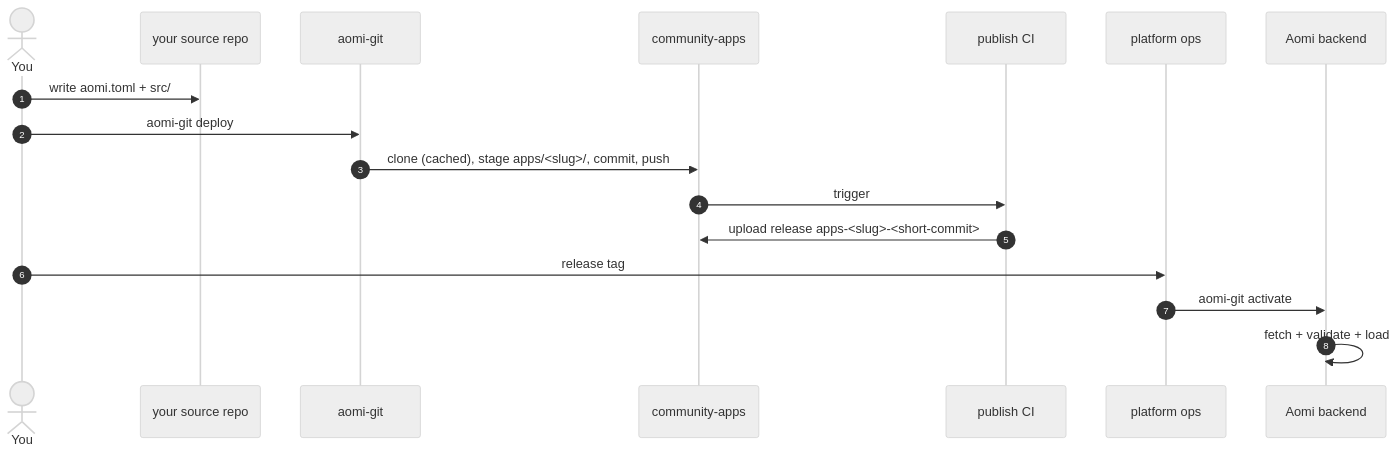
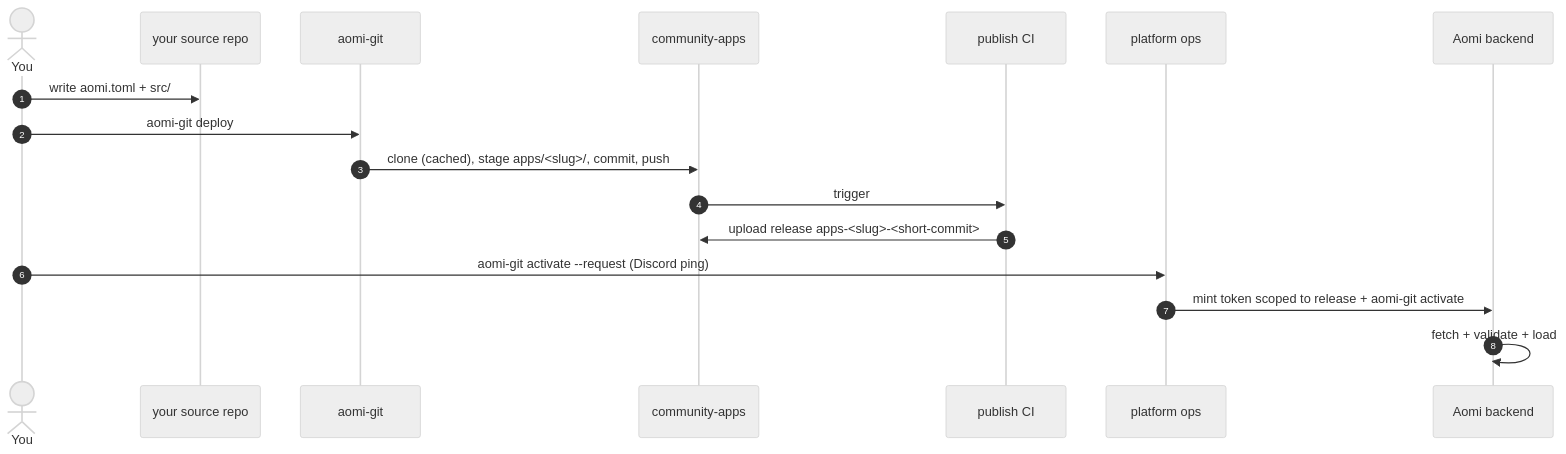
Before and after one commit to aomi-labs/community-apps: the diagram in CONTRIBUTING.md, drawn with Mermaid (neutral theme). The commit also changed other lines of this file, not shown here.

First line of the commit message:
docs: activation-request flow + per-contributor tokens

````diff
--- a/CONTRIBUTING.md
+++ b/CONTRIBUTING.md
@@ -10,20 +10,20 @@
 ```mermaid
 sequenceDiagram
     autonumber
     actor You
     participant Src as your source repo
     participant CLI as aomi-git
     participant Repo as community-apps
     participant CI as publish CI
     participant Ops as platform ops
     participant BE as Aomi backend
 
     You->>Src: write aomi.toml + src/
     You->>CLI: aomi-git deploy
     CLI->>Repo: clone (cached), stage apps/<slug>/, commit, push
     Repo->>CI: trigger
     CI->>Repo: upload release apps-<slug>-<short-commit>
-    You->>Ops: release tag
-    Ops->>BE: aomi-git activate
+    You->>Ops: aomi-git activate --request (Discord ping)
+    Ops->>BE: mint token scoped to release + aomi-git activate
     BE->>BE: fetch + validate + load
 ```
````
